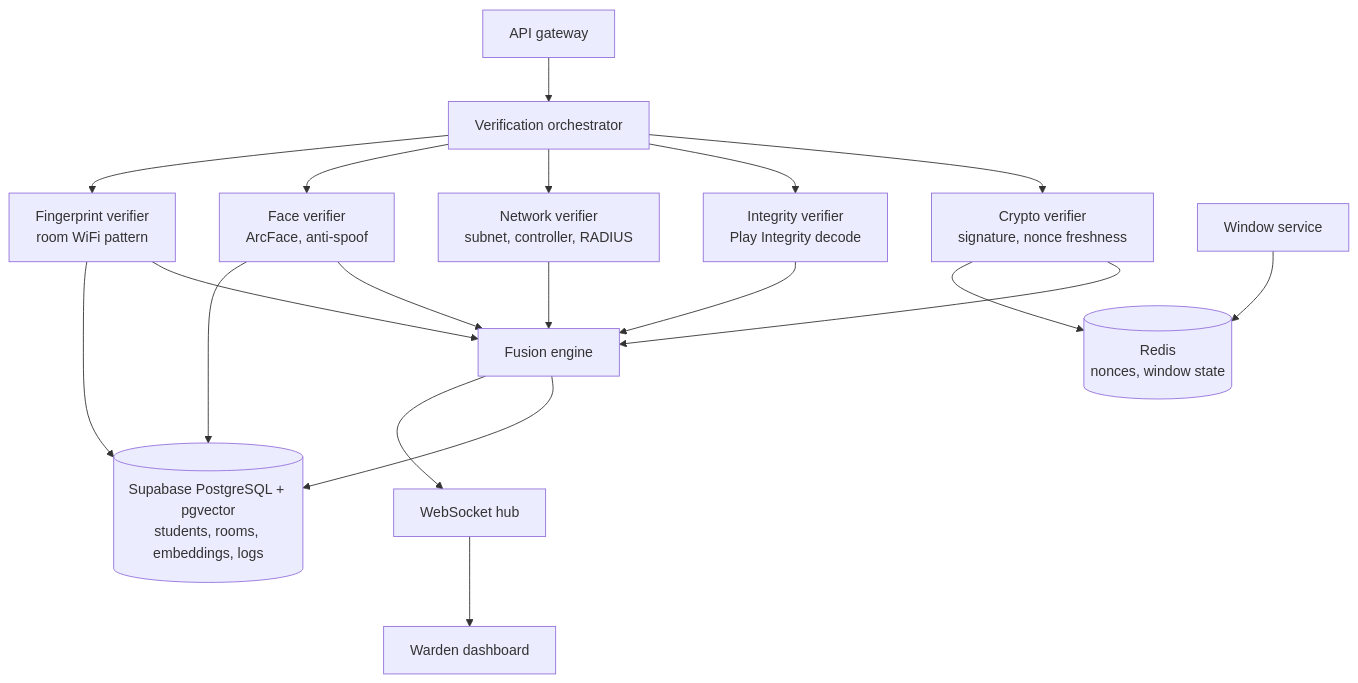
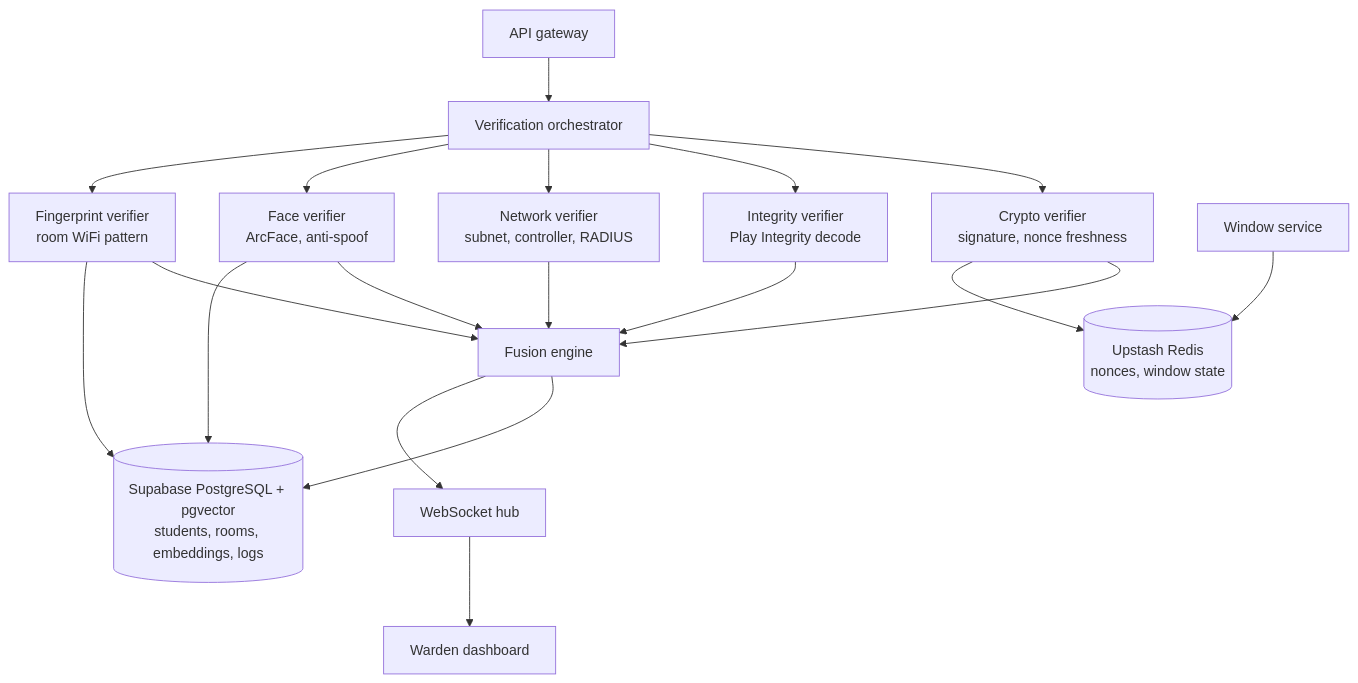
Before and after one commit to Rahul-8283/NightRoll: the third of 14 diagrams in README.md, drawn with Mermaid. The commit also changed other lines of this file and 11 other files, not shown here.

Commit message:
chore: switch Redis to hosted Upstash across env, docs and phases

````diff
--- a/README.md
+++ b/README.md
@@ -195,23 +195,23 @@
 ```mermaid
 flowchart TB
     GW["API gateway"] --> ORC["Verification orchestrator"]
 
     ORC --> CV["Crypto verifier<br/>signature, nonce freshness"]
     ORC --> IV["Integrity verifier<br/>Play Integrity decode"]
     ORC --> NV["Network verifier<br/>subnet, controller, RADIUS"]
     ORC --> FV["Face verifier<br/>ArcFace, anti-spoof"]
     ORC --> WV["Fingerprint verifier<br/>room WiFi pattern"]
 
     CV --> FE["Fusion engine"]
     IV --> FE
     NV --> FE
     FV --> FE
     WV --> FE
 
-    WS["Window service"] --> RD[("Redis<br/>nonces, window state")]
+    WS["Window service"] --> RD[("Upstash Redis<br/>nonces, window state")]
     CV --> RD
     FV --> PG[("Supabase PostgreSQL + pgvector<br/>students, rooms, embeddings, logs")]
     WV --> PG
     FE --> PG
     FE --> RT["WebSocket hub"] --> DB["Warden dashboard"]
 ```
````
